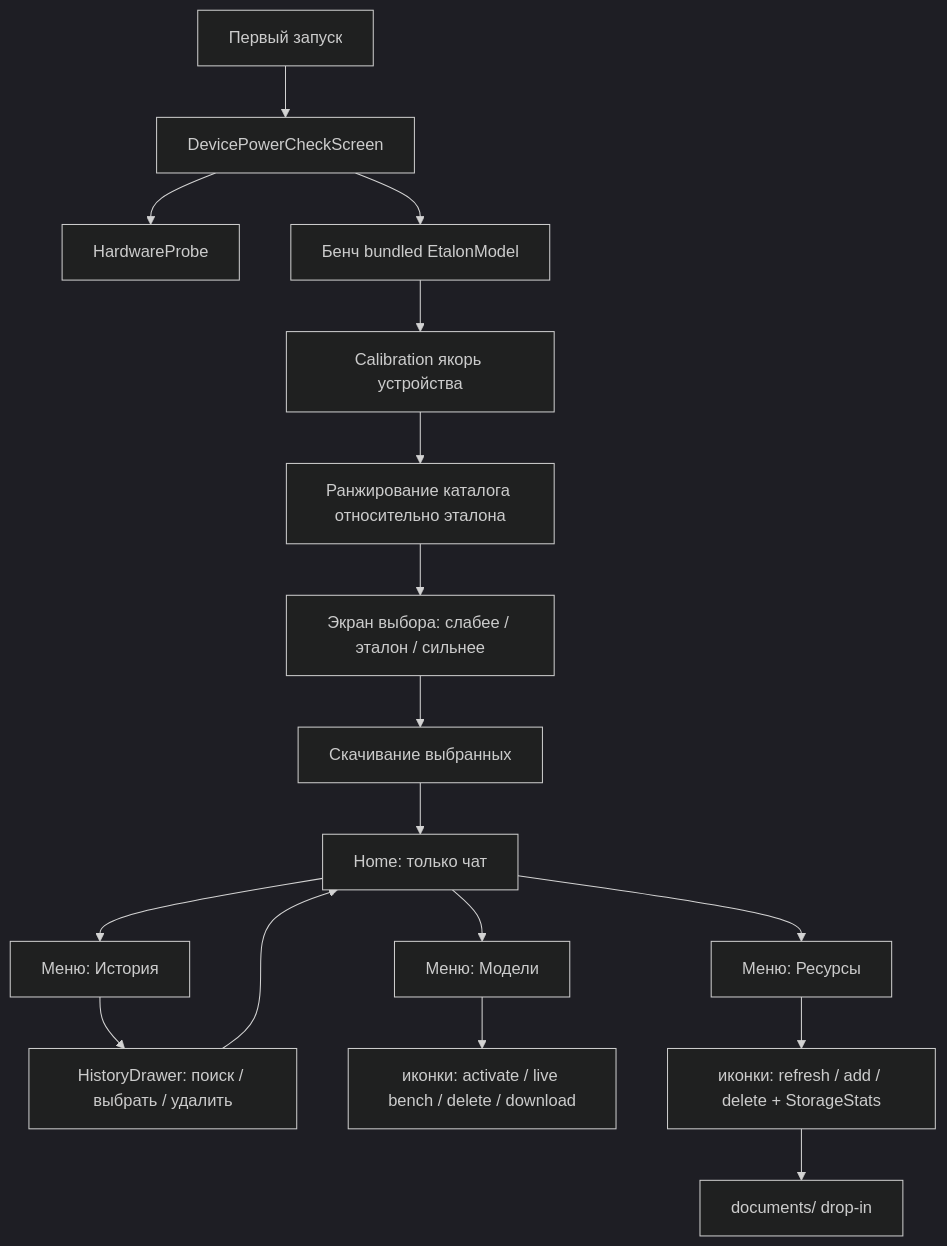
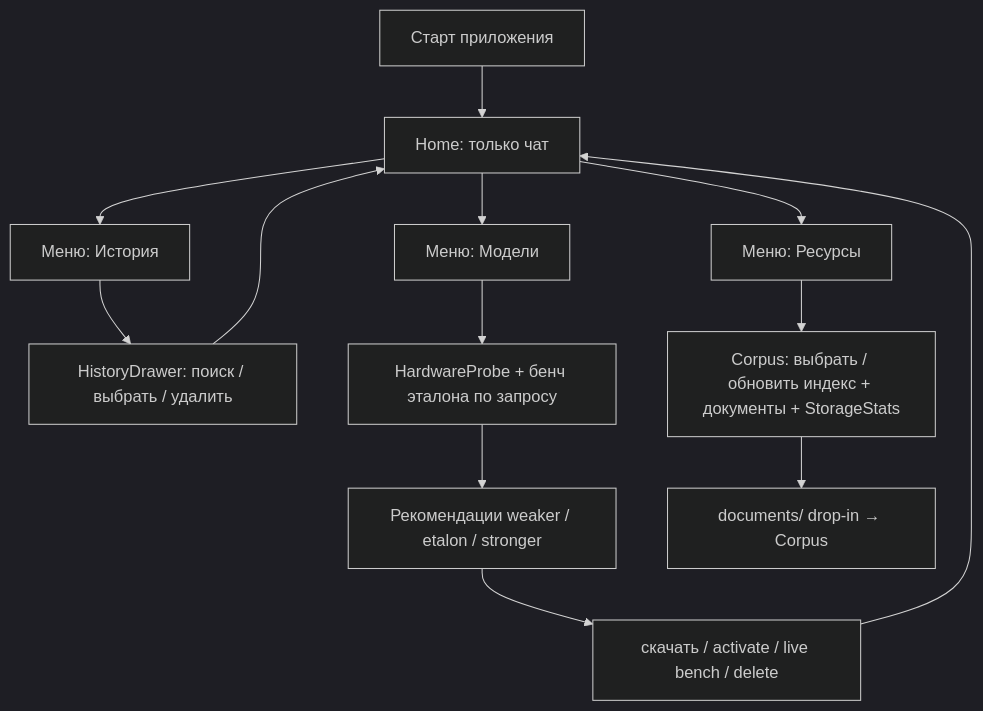
The first of 3 diagrams in docs/PLAN.md (Uzopb/ragg), drawn with Mermaid (dark theme) before and after one commit. The commit also changed other lines of this file and 3 other files, not shown here.

````diff
--- a/docs/PLAN.md
+++ b/docs/PLAN.md
@@ -118,19 +123,15 @@
 ```mermaid
 flowchart TD
-  First[Первый запуск] --> Power[DevicePowerCheckScreen]
-  Power --> Probe[HardwareProbe]
-  Power --> Bench[Бенч bundled EtalonModel]
-  Bench --> Anchor[Calibration якорь устройства]
-  Anchor --> Rank[Ранжирование каталога относительно эталона]
-  Rank --> Pick[Экран выбора: слабее / эталон / сильнее]
-  Pick --> DL[Скачивание выбранных]
-  DL --> Home[Home: только чат]
+  Start[Старт приложения] --> Home[Home: только чат]
   Home --> MenuHist[Меню: История]
   Home --> MenuModels[Меню: Модели]
   Home --> MenuRes[Меню: Ресурсы]
   MenuHist --> Hist[HistoryDrawer: поиск / выбрать / удалить]
   Hist --> Home
-  MenuModels --> MM[иконки: activate / live bench / delete / download]
-  MenuRes --> RM[иконки: refresh / add / delete + StorageStats]
-  RM --> Folder[documents/ drop-in]
+  MenuModels --> Probe[HardwareProbe + бенч эталона по запросу]
+  Probe --> Rank[Рекомендации weaker / etalon / stronger]
+  Rank --> MM[скачать / activate / live bench / delete]
+  MM --> Home
+  MenuRes --> RM[Corpus: выбрать / обновить индекс + документы + StorageStats]
+  RM --> Folder[documents/ drop-in → Corpus]
 ```
````
